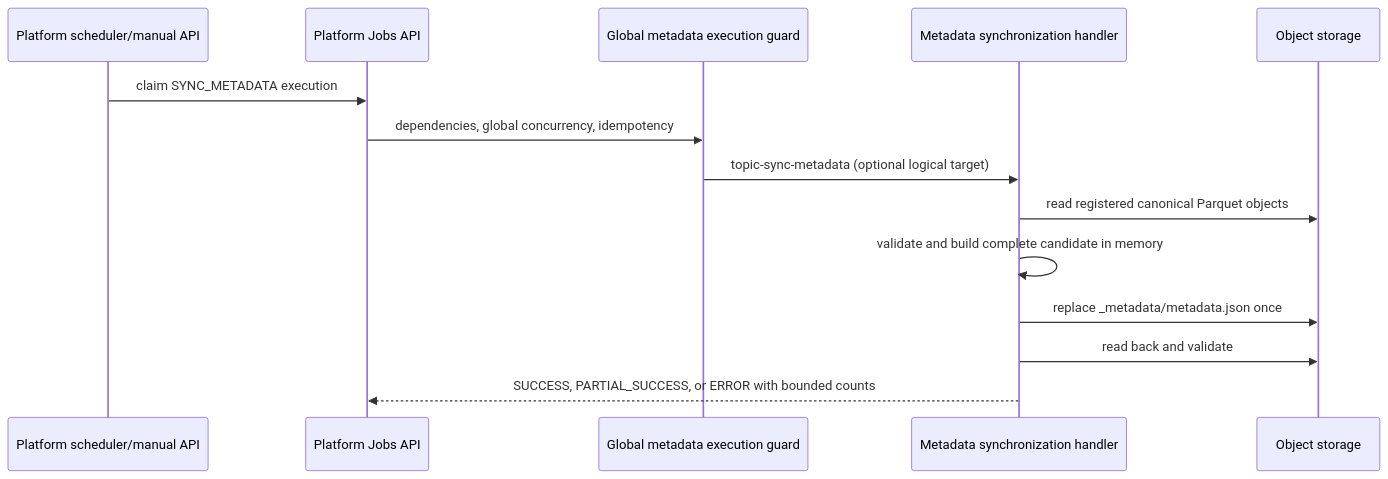
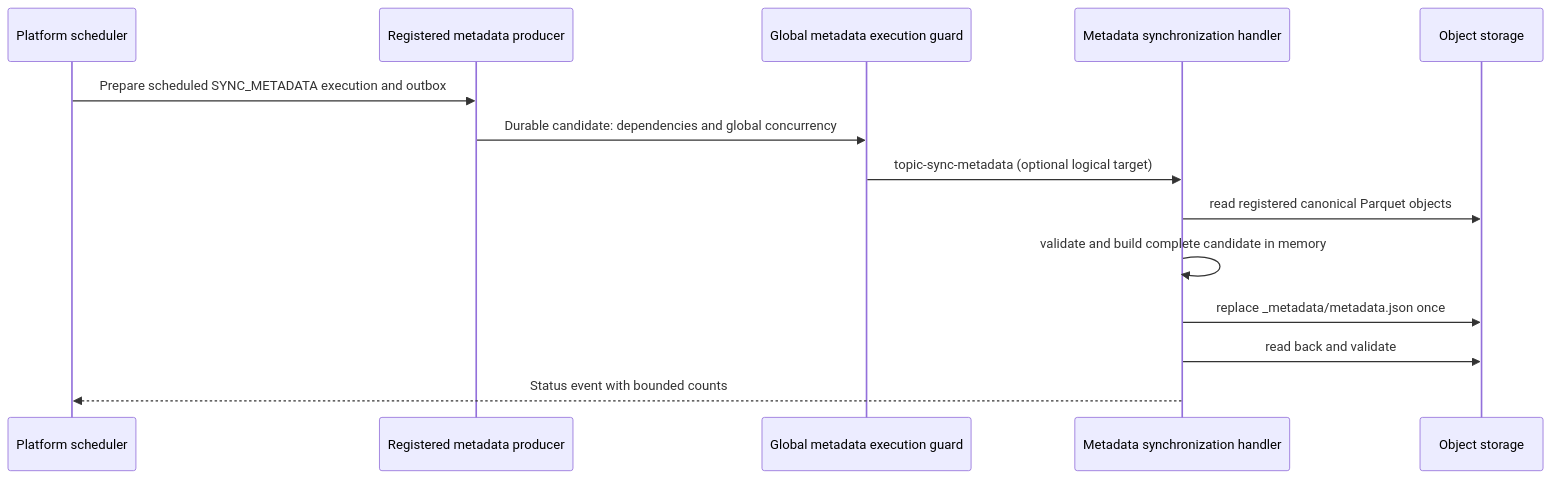
Before and after one commit to tanlocit9/omni: the third of 6 diagrams in docs/flows/001-job-execution.md, drawn with Mermaid. The commit also changed other lines of this file and 22 other files, not shown here.

````diff
--- a/docs/flows/001-job-execution.md
+++ b/docs/flows/001-job-execution.md
@@ -190,17 +180,17 @@
 ```mermaid
 sequenceDiagram
-  participant Scheduler as Platform scheduler/manual API
-  participant API as Platform Jobs API
+  participant Scheduler as Platform scheduler
+  participant Producer as Registered metadata producer
   participant Claim as Global metadata execution guard
   participant Worker as Metadata synchronization handler
   participant Storage as Object storage
 
-  Scheduler->>API: claim SYNC_METADATA execution
-  API->>Claim: dependencies, global concurrency, idempotency
+  Scheduler->>Producer: Prepare scheduled SYNC_METADATA execution and outbox
+  Producer->>Claim: Durable candidate: dependencies and global concurrency
   Claim->>Worker: topic-sync-metadata (optional logical target)
   Worker->>Storage: read registered canonical Parquet objects
   Worker->>Worker: validate and build complete candidate in memory
   Worker->>Storage: replace _metadata/metadata.json once
   Worker->>Storage: read back and validate
-  Worker-->>API: SUCCESS, PARTIAL_SUCCESS, or ERROR with bounded counts
+  Worker-->>Scheduler: Status event with bounded counts
 ```
````
